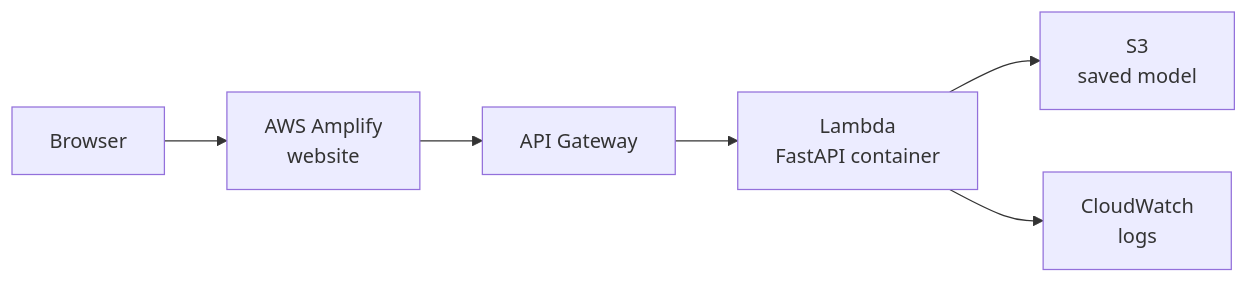
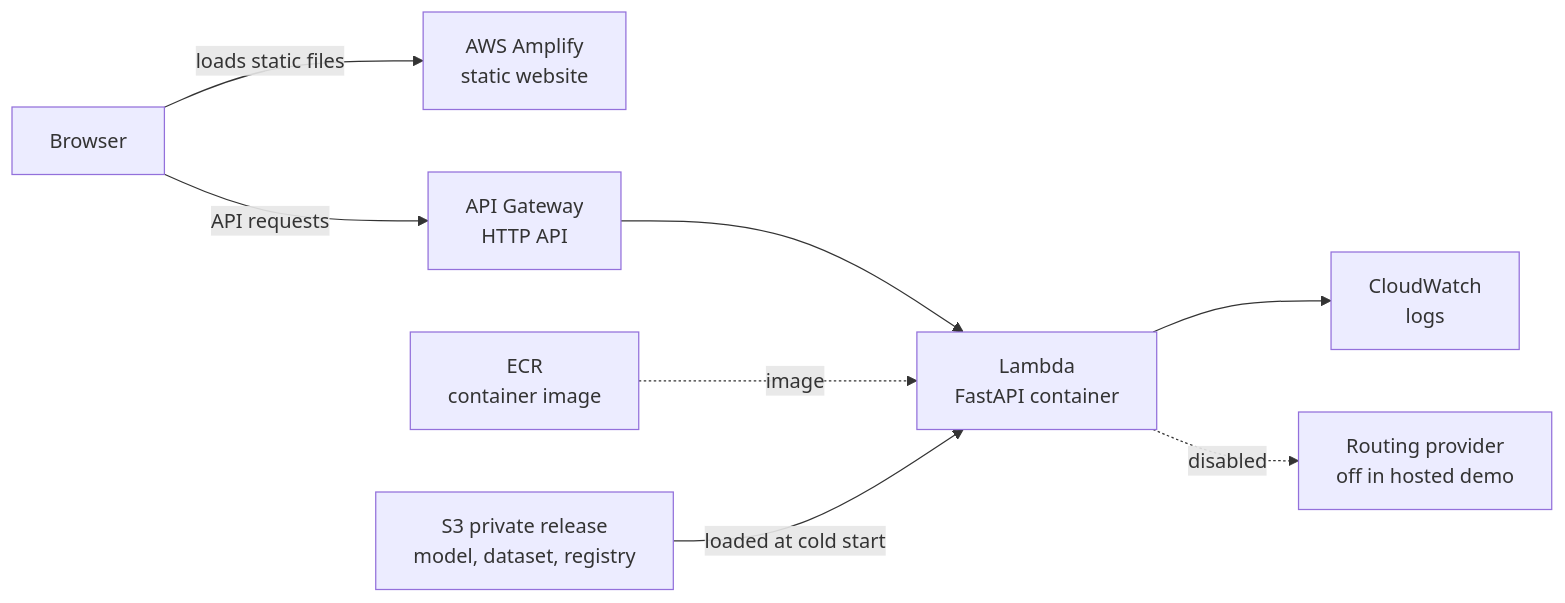
The third of 3 diagrams in README.md (yraclimaco/parksmart), drawn with Mermaid before and after one commit. The commit also changed other lines of this file, not shown here.

First line of the commit message:
Address README review: rebuild safety, diagrams, website vs API

````diff
--- a/README.md
+++ b/README.md
@@ -82,8 +91,10 @@
 ```mermaid
 flowchart LR
-    B["Browser"] --> AM["AWS Amplify<br/>website"]
-    AM --> GW["API Gateway"]
+    B["Browser"] -- "loads static files" --> AM["AWS Amplify<br/>static website"]
+    B -- "API requests" --> GW["API Gateway<br/>HTTP API"]
     GW --> L["Lambda<br/>FastAPI container"]
-    L --> S3["S3<br/>saved model"]
+    ECR["ECR<br/>container image"] -. "image" .-> L
+    S3["S3 private release<br/>model, dataset, registry"] -- "loaded at cold start" --> L
     L --> CW["CloudWatch<br/>logs"]
+    L -. "disabled" .-> RO["Routing provider<br/>off in hosted demo"]
 ```
````
